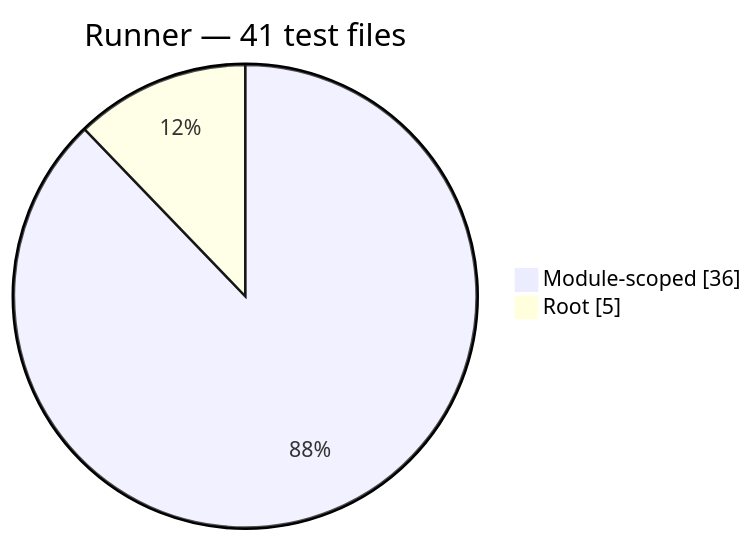
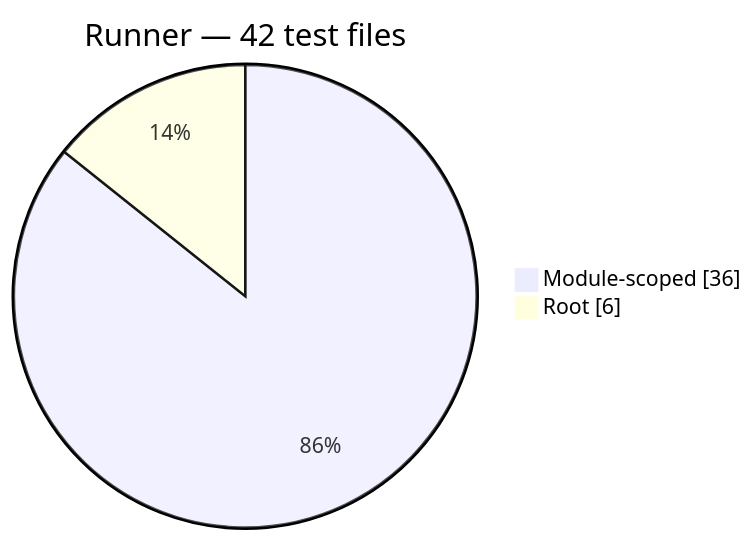
Before and after one commit to Mohammed-Alama/php-arazzo: the tenth of 13 diagrams in docs/generated/test-composition.md, drawn with Mermaid. The commit also changed other lines of this file and 17 other files, not shown here.

````diff
--- a/docs/generated/test-composition.md
+++ b/docs/generated/test-composition.md
@@ -136,6 +136,6 @@
 ```mermaid
 pie showData
-    title Runner — 41 test files
+    title Runner — 42 test files
     "Module-scoped": 36
-    "Root": 5
+    "Root": 6
 ```
````
